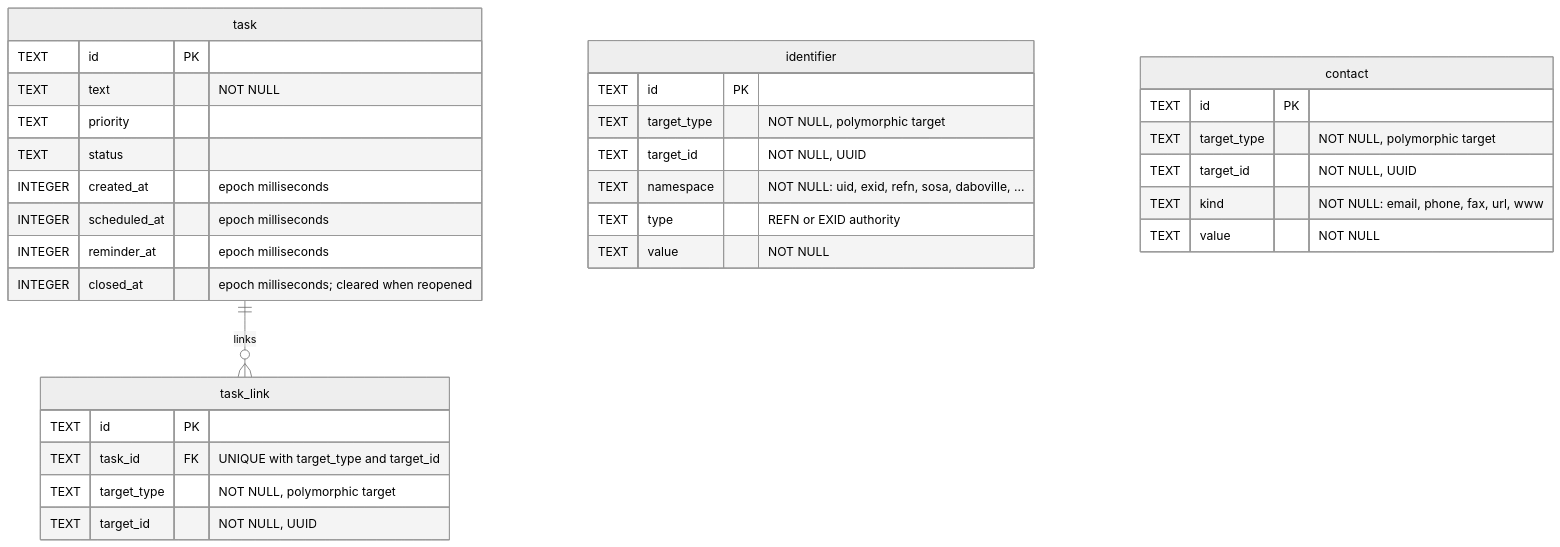
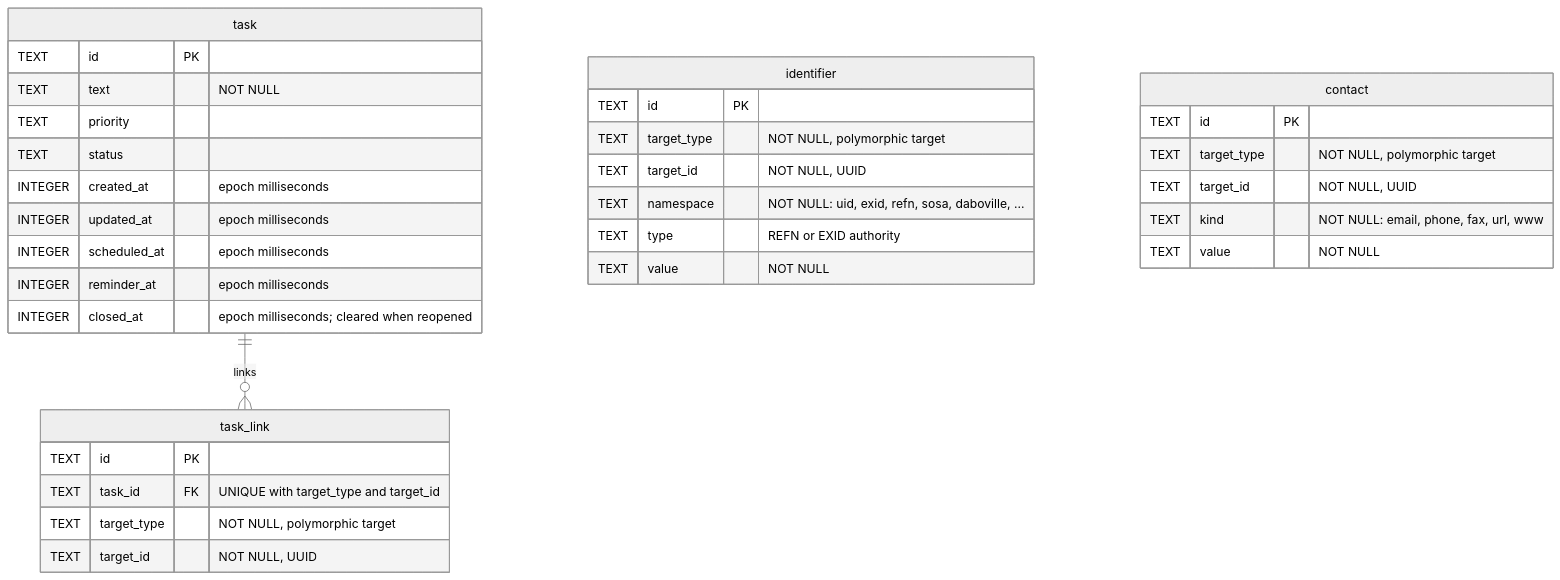
One commit to borisovodov/doru changed diagram 12 of 12 in docs/db-schema.md. Above: the diagram before and after it, drawn with Mermaid (neutral theme). The commit also changed other lines of this file and 9 other files, not shown here.

````diff
--- a/docs/db-schema.md
+++ b/docs/db-schema.md
@@ -850,39 +853,40 @@
 ```mermaid
 erDiagram
     task ||--o{ task_link : "links"
 
     identifier {
         TEXT id PK
         TEXT target_type "NOT NULL, polymorphic target"
         TEXT target_id "NOT NULL, UUID"
         TEXT namespace "NOT NULL: uid, exid, refn, sosa, daboville, ..."
         TEXT type "REFN or EXID authority"
         TEXT value "NOT NULL"
     }
 
     contact {
         TEXT id PK
         TEXT target_type "NOT NULL, polymorphic target"
         TEXT target_id "NOT NULL, UUID"
         TEXT kind "NOT NULL: email, phone, fax, url, www"
         TEXT value "NOT NULL"
     }
 
     task {
         TEXT id PK
         TEXT text "NOT NULL"
         TEXT priority
         TEXT status
         INTEGER created_at "epoch milliseconds"
+        INTEGER updated_at "epoch milliseconds"
         INTEGER scheduled_at "epoch milliseconds"
         INTEGER reminder_at "epoch milliseconds"
         INTEGER closed_at "epoch milliseconds; cleared when reopened"
     }
 
     task_link {
         TEXT id PK
         TEXT task_id FK "UNIQUE with target_type and target_id"
         TEXT target_type "NOT NULL, polymorphic target"
         TEXT target_id "NOT NULL, UUID"
     }
 ```
````
